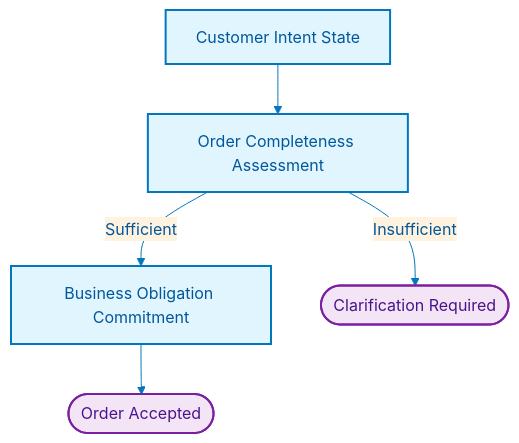
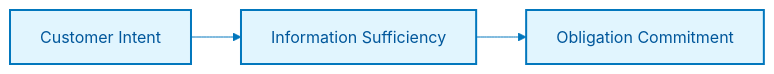
Before and after one commit to Evilazaro/Azure-LogicApps-Monitoring: the fourth of 7 diagrams in docs/architecture/01-business-architecture.md, drawn with Mermaid. The commit also changed other lines of this file, not shown here.

Commit message:
Refine Business Architecture document: enhance clarity in order management processes, update stakeholder expectations, and improve value stream definitions

````diff
--- a/docs/architecture/01-business-architecture.md
+++ b/docs/architecture/01-business-architecture.md
@@ -343,21 +329,14 @@
 ```mermaid
 %%{init: {'theme':'base', 'themeVariables': { 'primaryColor':'#e1f5fe','primaryTextColor':'#01579b','primaryBorderColor':'#0277bd','lineColor':'#0277bd','secondaryColor':'#fff3e0','tertiaryColor':'#f3e5f5'}}}%%
-flowchart TB
-    S1[Customer Intent State]
-    S2[Order Completeness Assessment]
-    S3[Business Obligation Commitment]
-
-    O1([Order Accepted])
-    O2([Clarification Required])
+flowchart LR
+    S1[Customer Intent]
+    S2[Information Sufficiency]
+    S3[Obligation Commitment]
 
     S1 --> S2
-    S2 -->|Sufficient| S3
-    S2 -->|Insufficient| O2
-    S3 --> O1
+    S2 --> S3
 
     classDef state fill:#e1f5fe,stroke:#0277bd,stroke-width:2px,color:#01579b
-    classDef outcome fill:#f3e5f5,stroke:#7b1fa2,stroke-width:2px,color:#4a148c
 
     class S1,S2,S3 state
-    class O1,O2 outcome
 ```
````
